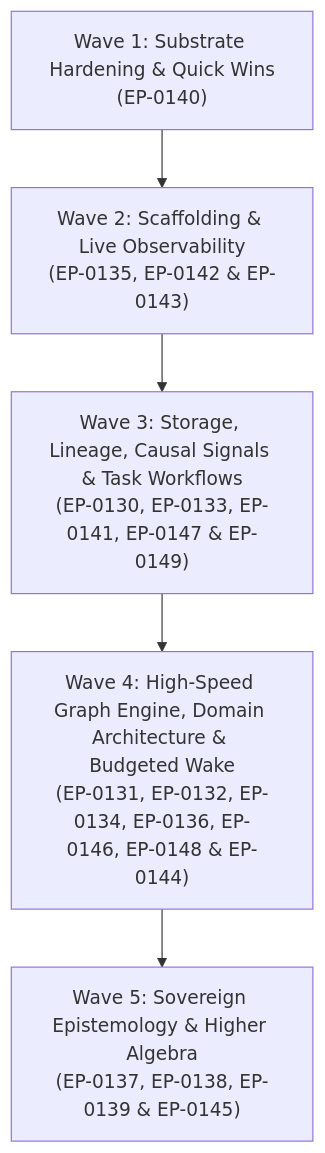
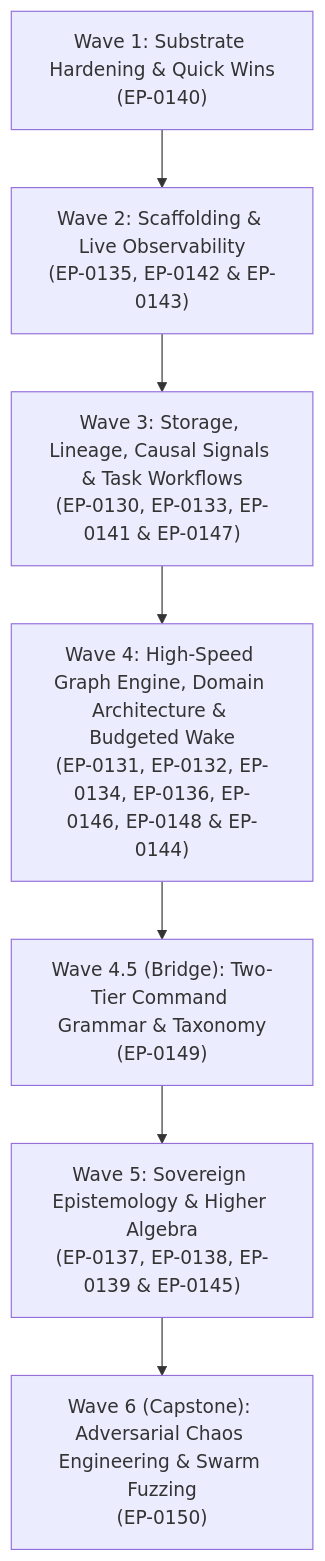
The diagram in references/explorations/EXP-0008-tactical-roadmap-execution-plan/tactical_layer_by_layer_execution_plan.md (erivlis/tur), drawn with Mermaid before and after one commit. The commit also changed other lines of this file and 1 other file, not shown here.

Commit message:
docs: Documents Wave 4 completion and outlines new tactical roadmap phases.

````diff
--- a/references/explorations/EXP-0008-tactical-roadmap-execution-plan/tactical_layer_by_layer_execution_plan.md
+++ b/references/explorations/EXP-0008-tactical-roadmap-execution-plan/tactical_layer_by_layer_execution_plan.md
@@ -16,13 +16,17 @@
 ```mermaid
 graph TD
     W1["Wave 1: Substrate Hardening & Quick Wins<br/>(EP-0140)"]
     W2["Wave 2: Scaffolding & Live Observability<br/>(EP-0135, EP-0142 & EP-0143)"]
-    W3["Wave 3: Storage, Lineage, Causal Signals & Task Workflows<br/>(EP-0130, EP-0133, EP-0141, EP-0147 & EP-0149)"]
+    W3["Wave 3: Storage, Lineage, Causal Signals & Task Workflows<br/>(EP-0130, EP-0133, EP-0141 & EP-0147)"]
     W4["Wave 4: High-Speed Graph Engine, Domain Architecture & Budgeted Wake<br/>(EP-0131, EP-0132, EP-0134, EP-0136, EP-0146, EP-0148 & EP-0144)"]
+    W45["Wave 4.5 (Bridge): Two-Tier Command Grammar & Taxonomy<br/>(EP-0149)"]
     W5["Wave 5: Sovereign Epistemology & Higher Algebra<br/>(EP-0137, EP-0138, EP-0139 & EP-0145)"]
+    W6["Wave 6 (Capstone): Adversarial Chaos Engineering & Swarm Fuzzing<br/>(EP-0150)"]
 
     W1 --> W2
     W2 --> W3
     W3 --> W4
-    W4 --> W5
+    W4 --> W45
+    W45 --> W5
+    W5 --> W6
 ```
````
